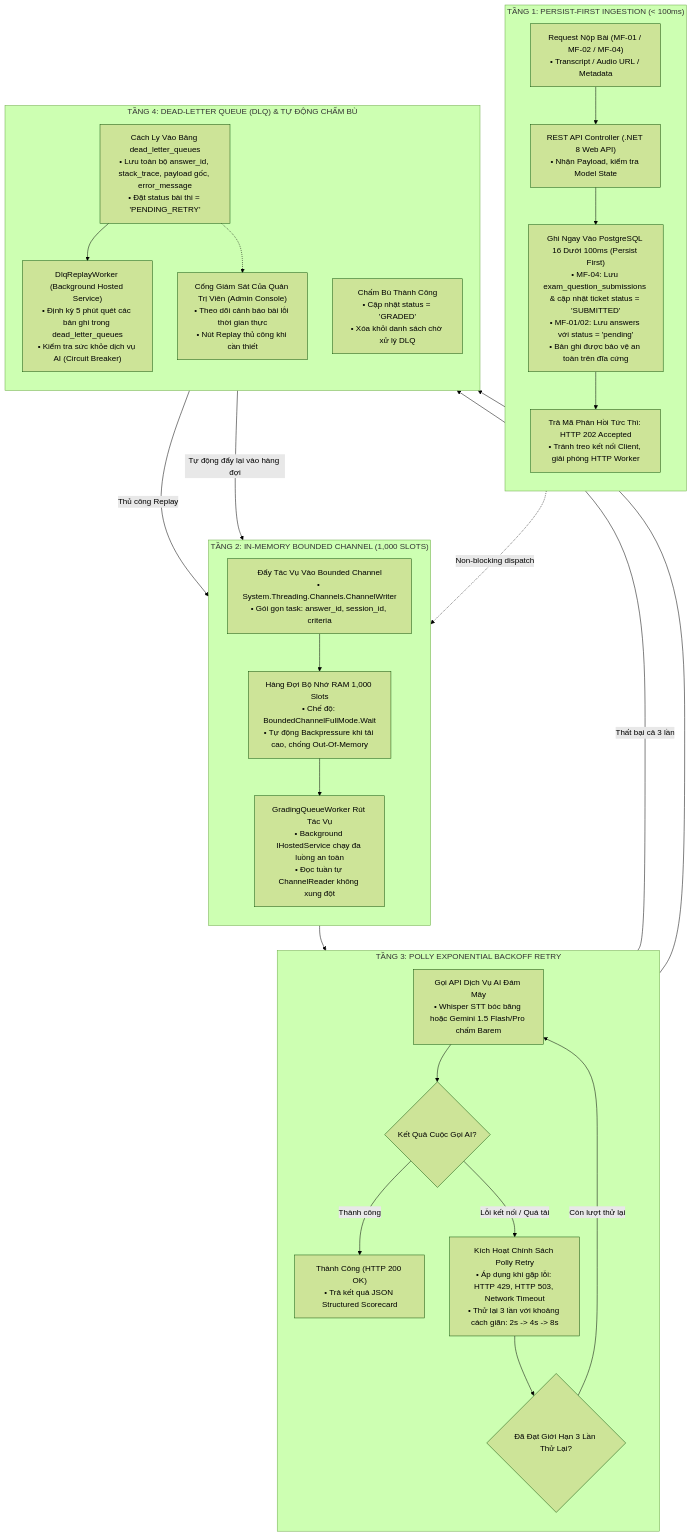
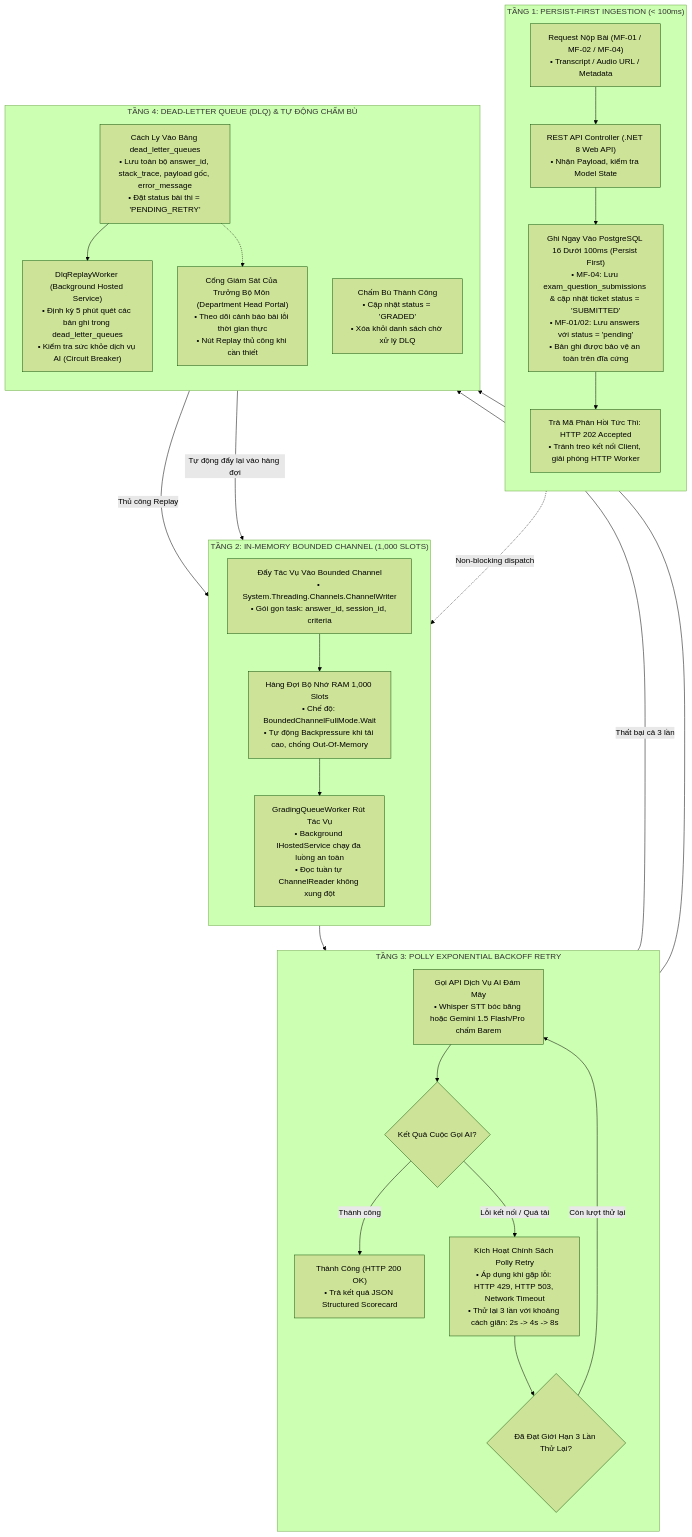
One commit to An-LLM-based-Oral-Examination/oral-exam-system changed diagram 14 of 14 in docs/01_architecture/MASTER_ARCHITECTURE.md. Above: the diagram before and after it, drawn with Mermaid (forest theme). The commit also changed other lines of this file and 104 other files, not shown here.

````diff
--- a/docs/01_architecture/MASTER_ARCHITECTURE.md
+++ b/docs/01_architecture/MASTER_ARCHITECTURE.md
@@ -1297,50 +1298,50 @@
 ```mermaid
 flowchart TD
     subgraph Defense_Tier1 ["TẦNG 1: PERSIST-FIRST INGESTION (< 100ms)"]
         direction TB
         Client_Req["Request Nộp Bài (MF-01 / MF-02 / MF-04)<br>• Transcript / Audio URL / Metadata"]
         API_Gate["REST API Controller (.NET 8 Web API)<br>• Nhận Payload, kiểm tra Model State"]
         DB_Persist["Ghi Ngay Vào PostgreSQL 16 Dưới 100ms (Persist First)<br>• MF-04: Lưu exam_question_submissions & cập nhật ticket status = 'SUBMITTED'<br>• MF-01/02: Lưu answers với status = 'pending'<br>• Bản ghi được bảo vệ an toàn trên đĩa cứng"]
         HTTP_Ack["Trả Mã Phản Hồi Tức Thì: HTTP 202 Accepted<br>• Tránh treo kết nối Client, giải phóng HTTP Worker"]
 
         Client_Req --> API_Gate --> DB_Persist --> HTTP_Ack
     end
 
     subgraph Defense_Tier2 ["TẦNG 2: IN-MEMORY BOUNDED CHANNEL (1,000 SLOTS)"]
         direction TB
         Channel_Enqueue["Đẩy Tác Vụ Vào Bounded Channel<br>• System.Threading.Channels.ChannelWriter<br>• Gói gọn task: answer_id, session_id, criteria"]
         Channel_Buffer["Hàng Đợi Bộ Nhớ RAM 1,000 Slots<br>• Chế độ: BoundedChannelFullMode.Wait<br>• Tự động Backpressure khi tải cao, chống Out-Of-Memory"]
         Worker_Dequeue["GradingQueueWorker Rút Tác Vụ<br>• Background IHostedService chạy đa luồng an toàn<br>• Đọc tuần tự ChannelReader không xung đột"]
 
         HTTP_Ack -.->|Non-blocking dispatch| Channel_Enqueue --> Channel_Buffer --> Worker_Dequeue
     end
 
     subgraph Defense_Tier3 ["TẦNG 3: POLLY EXPONENTIAL BACKOFF RETRY"]
         direction TB
         AI_Call["Gọi API Dịch Vụ AI Đám Mây<br>• Whisper STT bóc băng hoặc Gemini 1.5 Flash/Pro chấm Barem"]
         Check_AI_Status{"Kết Quả Cuộc Gọi AI?"}
         AI_Success["Thành Công (HTTP 200 OK)<br>• Trả kết quả JSON Structured Scorecard"]
         Polly_Retry["Kích Hoạt Chính Sách Polly Retry<br>• Áp dụng khi gặp lỗi: HTTP 429, HTTP 503, Network Timeout<br>• Thử lại 3 lần với khoảng cách giãn: 2s -> 4s -> 8s"]
         Check_Retry_Count{"Đã Đạt Giới Hạn 3 Lần Thử Lại?"}
 
         Worker_Dequeue --> AI_Call --> Check_AI_Status
         Check_AI_Status -- Thành công --> AI_Success
         Check_AI_Status -- Lỗi kết nối / Quá tải --> Polly_Retry --> Check_Retry_Count
         Check_Retry_Count -- Còn lượt thử lại --> AI_Call
     end
 
     subgraph Defense_Tier4 ["TẦNG 4: DEAD-LETTER QUEUE (DLQ) & TỰ ĐỘNG CHẤM BÙ"]
         direction TB
         DLQ_Save["Cách Ly Vào Bảng dead_letter_queues<br>• Lưu toàn bộ answer_id, stack_trace, payload gốc, error_message<br>• Đặt status bài thi = 'PENDING_RETRY'"]
         Dlq_Worker["DlqReplayWorker (Background Hosted Service)<br>• Định kỳ 5 phút quét các bản ghi trong dead_letter_queues<br>• Kiểm tra sức khỏe dịch vụ AI (Circuit Breaker)"]
-        Admin_Action["Cổng Giám Sát Của Quản Trị Viên (Admin Console)<br>• Theo dõi cảnh báo bài lỗi thời gian thực<br>• Nút Replay thủ công khi cần thiết"]
+        DeptHead_Action["Cổng Giám Sát Của Trưởng Bộ Môn (Department Head Portal)<br>• Theo dõi cảnh báo bài lỗi thời gian thực<br>• Nút Replay thủ công khi cần thiết"]
         Replay_Success["Chấm Bù Thành Công<br>• Cập nhật status = 'GRADED'<br>• Xóa khỏi danh sách chờ xử lý DLQ"]
 
         Check_Retry_Count -- Thất bại cả 3 lần --> DLQ_Save
         DLQ_Save --> Dlq_Worker
-        DLQ_Save -.-> Admin_Action
-        Admin_Action -->|Thủ công Replay| Channel_Enqueue
+        DLQ_Save -.-> DeptHead_Action
+        DeptHead_Action -->|Thủ công Replay| Channel_Enqueue
         Dlq_Worker -->|Tự động đẩy lại vào hàng đợi| Channel_Enqueue
         AI_Success --> Replay_Success
     end
 ```
````
